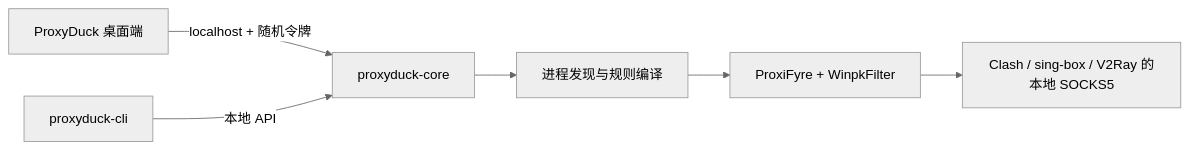
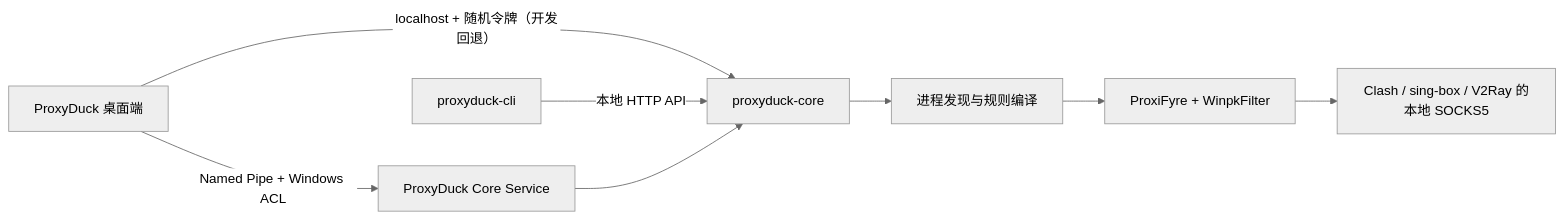
The diagram in README.md (rowanjove/ProxyDuck), drawn with Mermaid (neutral theme) before and after one commit. The commit also changed other lines of this file and 108 other files, not shown here.

Commit message:
feat: release ProxyDuck 1.1.0

````diff
--- a/README.md
+++ b/README.md
@@ -119,8 +134,10 @@
 ```mermaid
 flowchart LR
-    UI["ProxyDuck 桌面端"] -->|"localhost + 随机令牌"| Core["proxyduck-core"]
-    CLI["proxyduck-cli"] -->|"本地 API"| Core
+    UI["ProxyDuck 桌面端"] -->|"Named Pipe + Windows ACL"| Service["ProxyDuck Core Service"]
+    UI -->|"localhost + 随机令牌（开发回退）"| Core["proxyduck-core"]
+    CLI["proxyduck-cli"] -->|"本地 HTTP API"| Core
+    Service --> Core
     Core --> Rules["进程发现与规则编译"]
     Rules --> Plane["ProxiFyre + WinpkFilter"]
     Plane --> Socks["Clash / sing-box / V2Ray 的本地 SOCKS5"]
 ```
````
